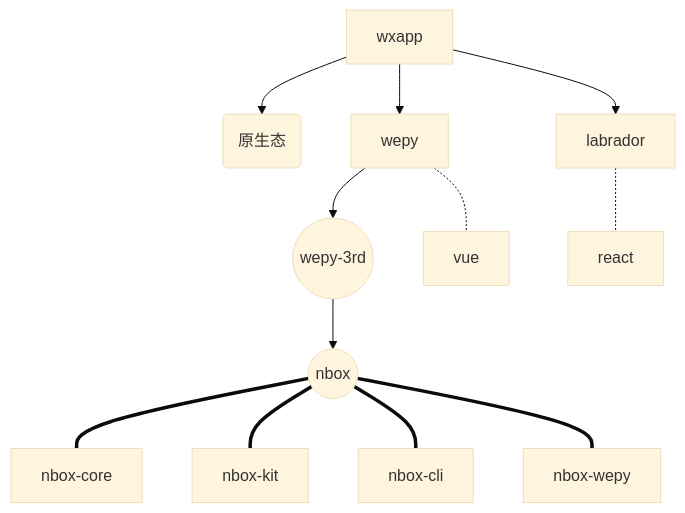
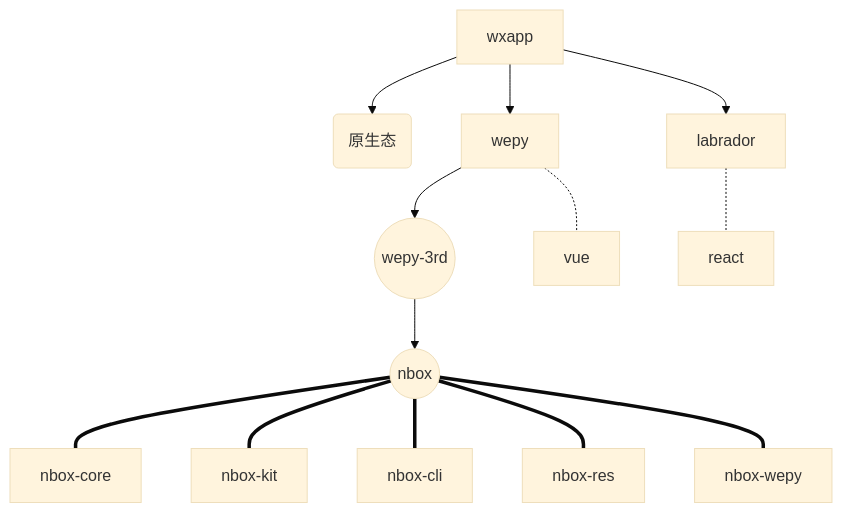
One commit to 0a0a/nbox changed the first of 3 diagrams in README.md. Above: the diagram before and after it, drawn with Mermaid (base theme). The commit also changed other lines of this file and 8 other files, not shown here.

````diff
--- a/README.md
+++ b/README.md
@@ -15,23 +23,24 @@
 ```mermaid
 graph TB;
   nbox((nbox))
   wepy3rd((wepy-3rd))
   wxbase(原生态)
   labrador
   vue
   react
 
   wxapp --> wxbase
   wxapp --> labrador
   labrador -.- react
 
   wxapp --> wepy
   wepy -.- vue
   wepy --> wepy3rd
   wepy3rd --> nbox
 
   nbox === nbox-core
   nbox === nbox-kit
   nbox === nbox-cli
+  nbox === nbox-res
   nbox === nbox-wepy
 ```
````
